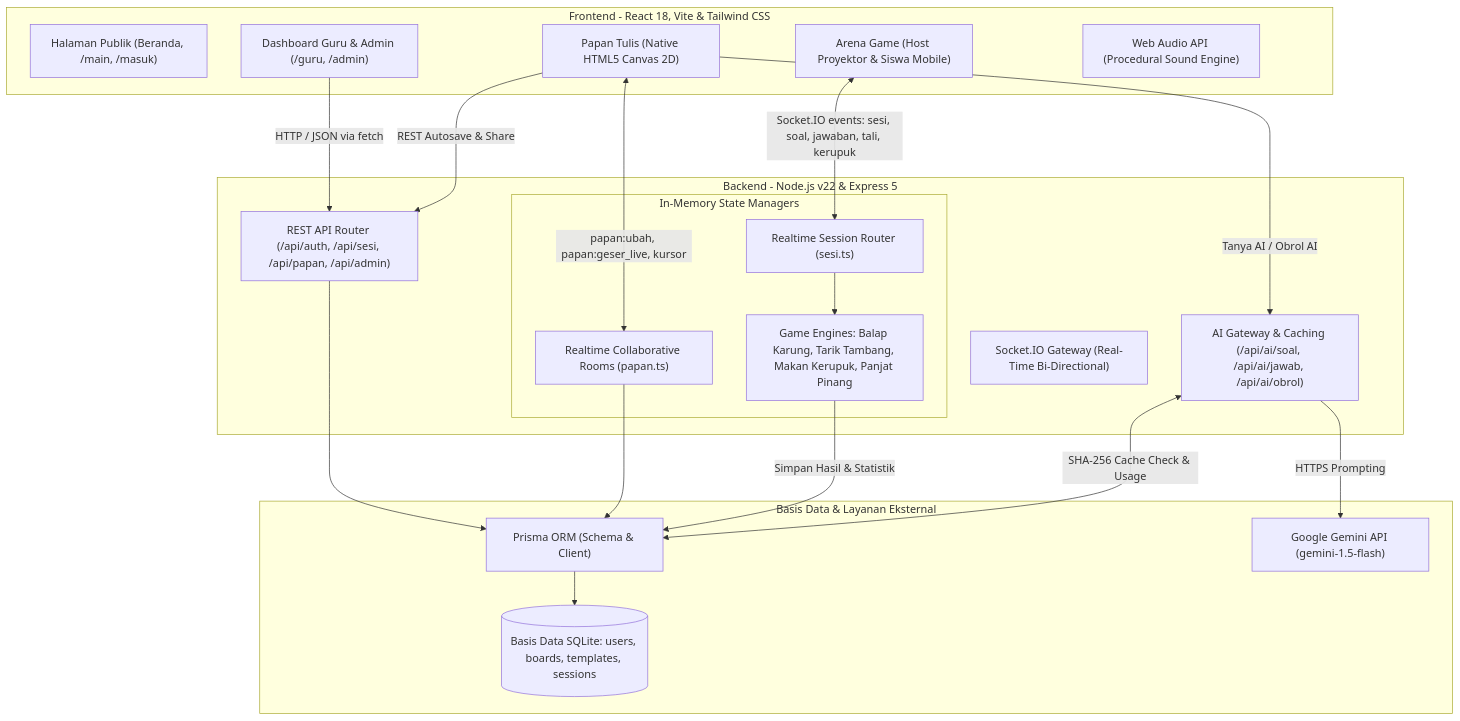
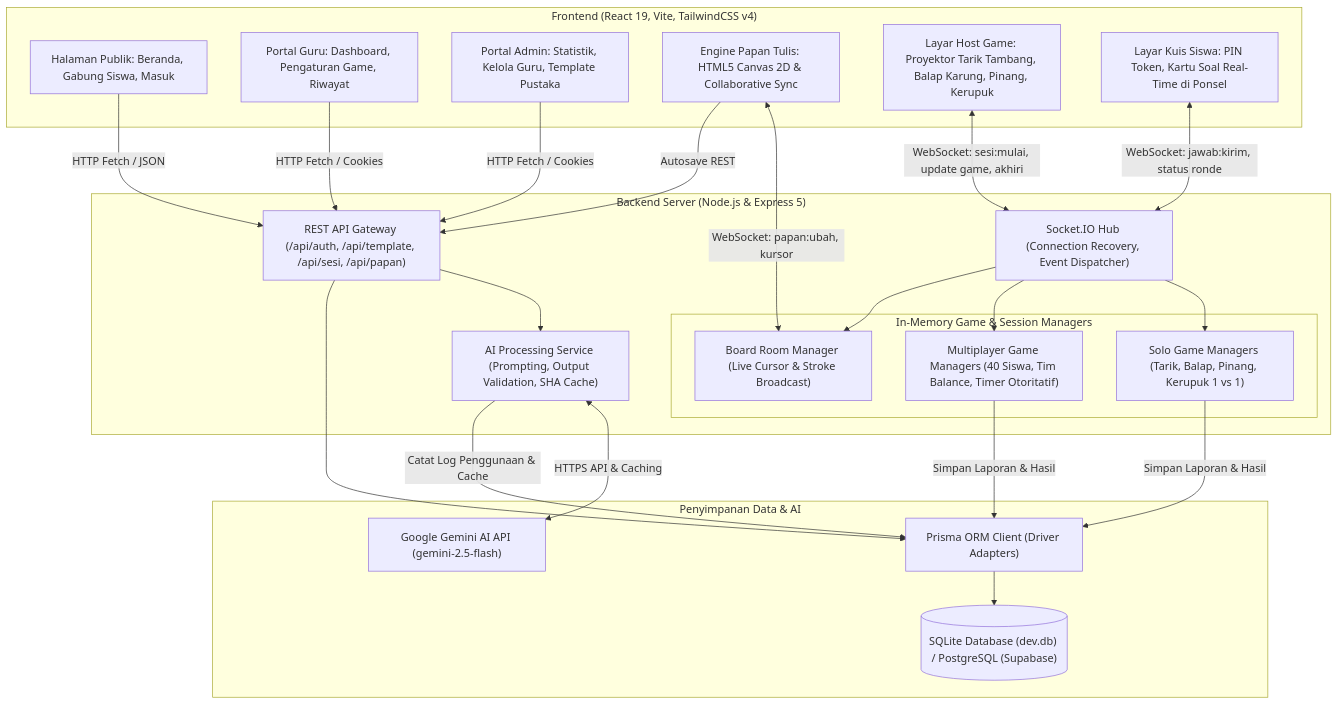
The diagram in README.md (refkyaja/DIscere), drawn with Mermaid before and after one commit. The commit also changed other lines of this file, not shown here.

````diff
--- a/README.md
+++ b/README.md
@@ -348,42 +134,49 @@
 ```mermaid
 flowchart TD
-    subgraph Klien_Frontend [Frontend - React 18, Vite & Tailwind CSS]
-        UI_PUBLIC["Halaman Publik (Beranda, /main, /masuk)"]
-        UI_DASH["Dashboard Guru & Admin (/guru, /admin)"]
-        UI_CANVAS["Papan Tulis (Native HTML5 Canvas 2D)"]
-        UI_GAME["Arena Game (Host Proyektor & Siswa Mobile)"]
-        AUDIO_SYNTH["Web Audio API (Procedural Sound Engine)"]
+    subgraph Frontend_Klien ["Frontend (React 19, Vite, TailwindCSS v4)"]
+        UI_PUBLIC["Halaman Publik: Beranda, Gabung Siswa, Masuk"]
+        UI_GURU["Portal Guru: Dashboard, Pengaturan Game, Riwayat"]
+        UI_ADMIN["Portal Admin: Statistik, Kelola Guru, Template Pustaka"]
+        UI_CANVAS["Engine Papan Tulis: HTML5 Canvas 2D & Collaborative Sync"]
+        UI_HOST["Layar Host Game: Proyektor Tarik Tambang, Balap Karung, Pinang, Kerupuk"]
+        UI_PLAYER["Layar Kuis Siswa: PIN Token, Kartu Soal Real-Time di Ponsel"]
     end
 
-    subgraph Server_Backend [Backend - Node.js v22 & Express 5]
-        REST_API["REST API Router (/api/auth, /api/sesi, /api/papan, /api/admin)"]
-        AI_GATEWAY["AI Gateway & Caching (/api/ai/soal, /api/ai/jawab, /api/ai/obrol)"]
-        SOCKET_GATEWAY["Socket.IO Gateway (Real-Time Bi-Directional)"]
-        
-        subgraph Realtime_Managers [In-Memory State Managers]
-            SESI_ROUTER["Realtime Session Router (sesi.ts)"]
-            BOARD_ROOMS["Realtime Collaborative Rooms (papan.ts)"]
-            GAME_ENGINES["Game Engines: Balap Karung, Tarik Tambang, Makan Kerupuk, Panjat Pinang"]
+    subgraph Backend_Server ["Backend Server (Node.js & Express 5)"]
+        REST_ROUTER["REST API Gateway (/api/auth, /api/template, /api/sesi, /api/papan)"]
+        AI_ENGINE["AI Processing Service (Prompting, Output Validation, SHA Cache)"]
+        SOCKET_HUB["Socket.IO Hub (Connection Recovery, Event Dispatcher)"]
+
+        subgraph In_Memory_State ["In-Memory Game & Session Managers"]
+            MGR_SOLO["Solo Game Managers (Tarik, Balap, Pinang, Kerupuk 1 vs 1)"]
+            MGR_MULTI["Multiplayer Game Managers (40 Siswa, Tim Balance, Timer Otoritatif)"]
+            MGR_BOARD["Board Room Manager (Live Cursor & Stroke Broadcast)"]
         end
     end
 
-    subgraph Database_External [Basis Data & Layanan Eksternal]
-        PRISMA_ORM["Prisma ORM (Schema & Client)"]
-        SQLITE_DB[(Basis Data SQLite: users, boards, templates, sessions)]
-        GEMINI_API["Google Gemini API (gemini-1.5-flash)"]
+    subgraph Storage_Layer ["Penyimpanan Data & AI"]
+        PRISMA_CLIENT["Prisma ORM Client (Driver Adapters)"]
+        DB_SQLITE[("SQLite Database (dev.db) / PostgreSQL (Supabase)")]
+        GEMINI_CLOUD["Google Gemini AI API (gemini-2.5-flash)"]
     end
 
-    UI_DASH -->|HTTP / JSON via fetch| REST_API
-    UI_CANVAS -->|REST Autosave & Share| REST_API
-    UI_CANVAS <-->|papan:ubah, papan:geser_live, kursor| BOARD_ROOMS
-    UI_GAME <-->|Socket.IO events: sesi, soal, jawaban, tali, kerupuk| SESI_ROUTER
-    UI_CANVAS -->|Tanya AI / Obrol AI| AI_GATEWAY
+    UI_PUBLIC -->|HTTP Fetch / JSON| REST_ROUTER
+    UI_GURU -->|HTTP Fetch / Cookies| REST_ROUTER
+    UI_ADMIN -->|HTTP Fetch / Cookies| REST_ROUTER
+    UI_CANVAS <-->|WebSocket: papan:ubah, kursor| MGR_BOARD
+    UI_CANVAS -->|Autosave REST| REST_ROUTER
+    UI_HOST <-->|WebSocket: sesi:mulai, update game, akhiri| SOCKET_HUB
+    UI_PLAYER <-->|WebSocket: jawab:kirim, status ronde| SOCKET_HUB
 
-    REST_API --> PRISMA_ORM
-    BOARD_ROOMS --> PRISMA_ORM
-    SESI_ROUTER --> GAME_ENGINES
-    GAME_ENGINES -->|Simpan Hasil & Statistik| PRISMA_ORM
-    PRISMA_ORM --> SQLITE_DB
-    AI_GATEWAY <-->|SHA-256 Cache Check & Usage| PRISMA_ORM
-    AI_GATEWAY -->|HTTPS Prompting| GEMINI_API
+    SOCKET_HUB --> MGR_SOLO
+    SOCKET_HUB --> MGR_MULTI
+    SOCKET_HUB --> MGR_BOARD
+    REST_ROUTER --> AI_ENGINE
+    AI_ENGINE <-->|HTTPS API & Caching| GEMINI_CLOUD
+
+    REST_ROUTER --> PRISMA_CLIENT
+    MGR_SOLO -->|Simpan Laporan & Hasil| PRISMA_CLIENT
+    MGR_MULTI -->|Simpan Laporan & Hasil| PRISMA_CLIENT
+    AI_ENGINE -->|Catat Log Penggunaan & Cache| PRISMA_CLIENT
+    PRISMA_CLIENT --> DB_SQLITE
 ```
````
